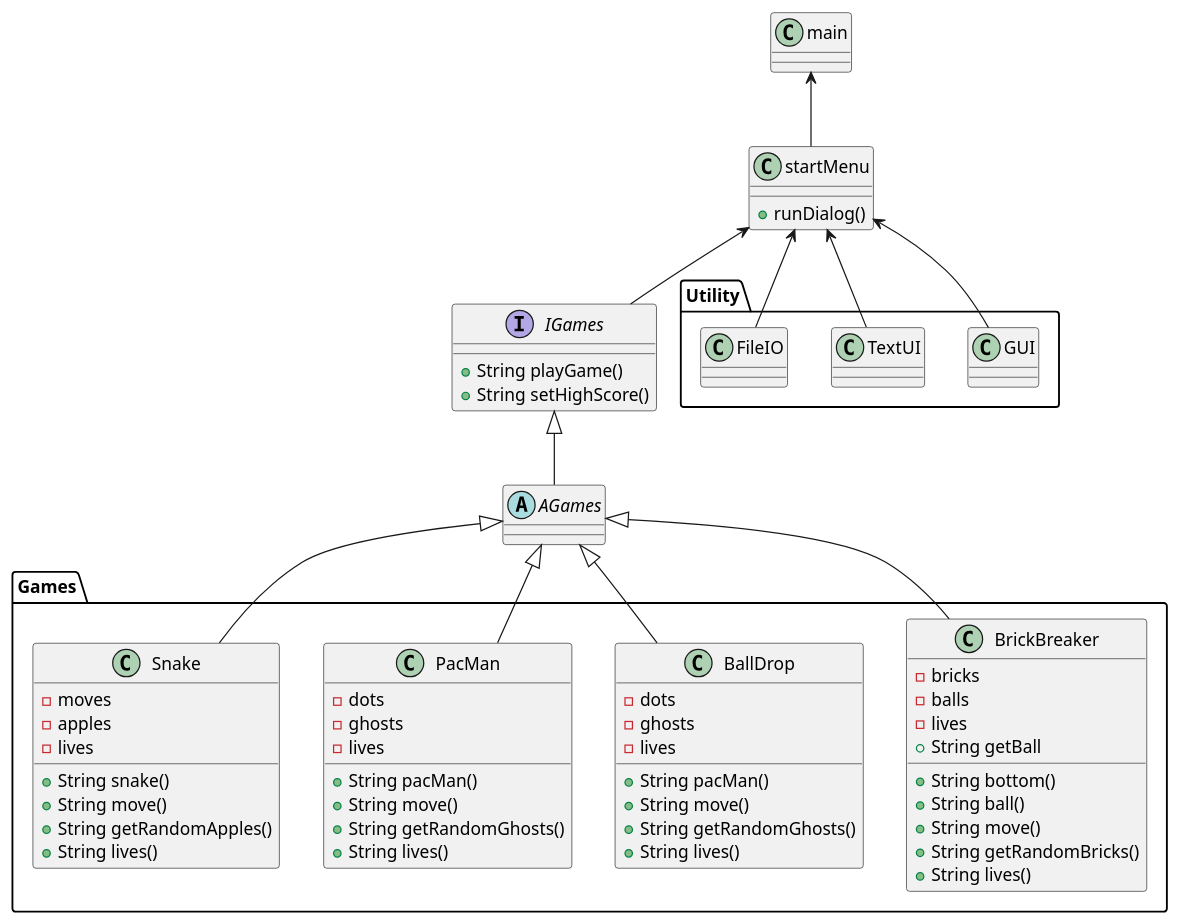
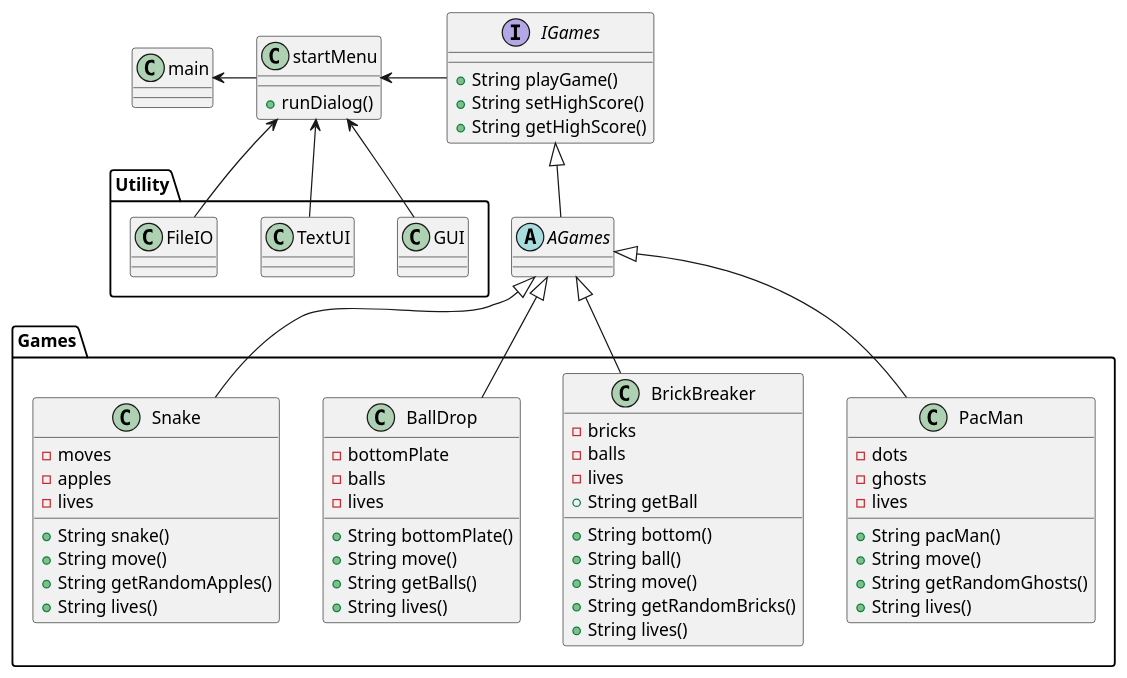
One commit to RikkeMariussen/ICE-opgave changed the diagram in doc/Plan/classdiagram.puml. Above: the diagram before and after it, drawn with PlantUML. The commit also changed 1 other file, not shown here.

Commit message:
Diagram start og lavet main

```diff
--- a/doc/Plan/classdiagram.puml
+++ b/doc/Plan/classdiagram.puml
@@ -1,80 +1,81 @@
 @startuml
 'https://plantuml.com/class-diagram
 
 class main
 
 class startMenu{
 + runDialog()
 }
 
 interface IGames{
 + String playGame()
 + String setHighScore()
++ String getHighScore()
 }
 
 abstract class AGames
 
 package Games <<Folder>> {
+
+class PacMan{
+- dots
+- ghosts
+- lives
++ String pacMan()
++ String move()
++ String getRandomGhosts()
++ String lives()
+}
 class BrickBreaker{
 - bricks
 - balls
 - lives
 + String bottom()
 + String ball()
 + String getBall
 + String move()
 + String getRandomBricks()
 + String lives()
 }
 
 class BallDrop{
-- dots
-- ghosts
+- bottomPlate
+- balls
 - lives
-+ String pacMan()
++ String bottomPlate()
 + String move()
-+ String getRandomGhosts()
-+ String lives()
-}
-
-class PacMan{
-- dots
-- ghosts
-- lives
-+ String pacMan()
-+ String move()
-+ String getRandomGhosts()
++ String getBalls()
 + String lives()
 }
 
 class Snake{
 - moves
 - apples
 - lives
 + String snake()
 + String move()
 + String getRandomApples()
 + String lives()
 }
 }
 
 package Utility <<Folder>> {
 class GUI
 class TextUI
 class FileIO
 }
 
 
-main <-- startMenu
-startMenu <-- IGames
+main <- startMenu
+startMenu <- IGames
 
 IGames <|-- AGames
 AGames <|-- Snake
 AGames <|-- BrickBreaker
 AGames <|-- BallDrop
 AGames <|-- PacMan
 
 startMenu <-- GUI
 startMenu <-- TextUI
 startMenu <-- FileIO
 @enduml
```
